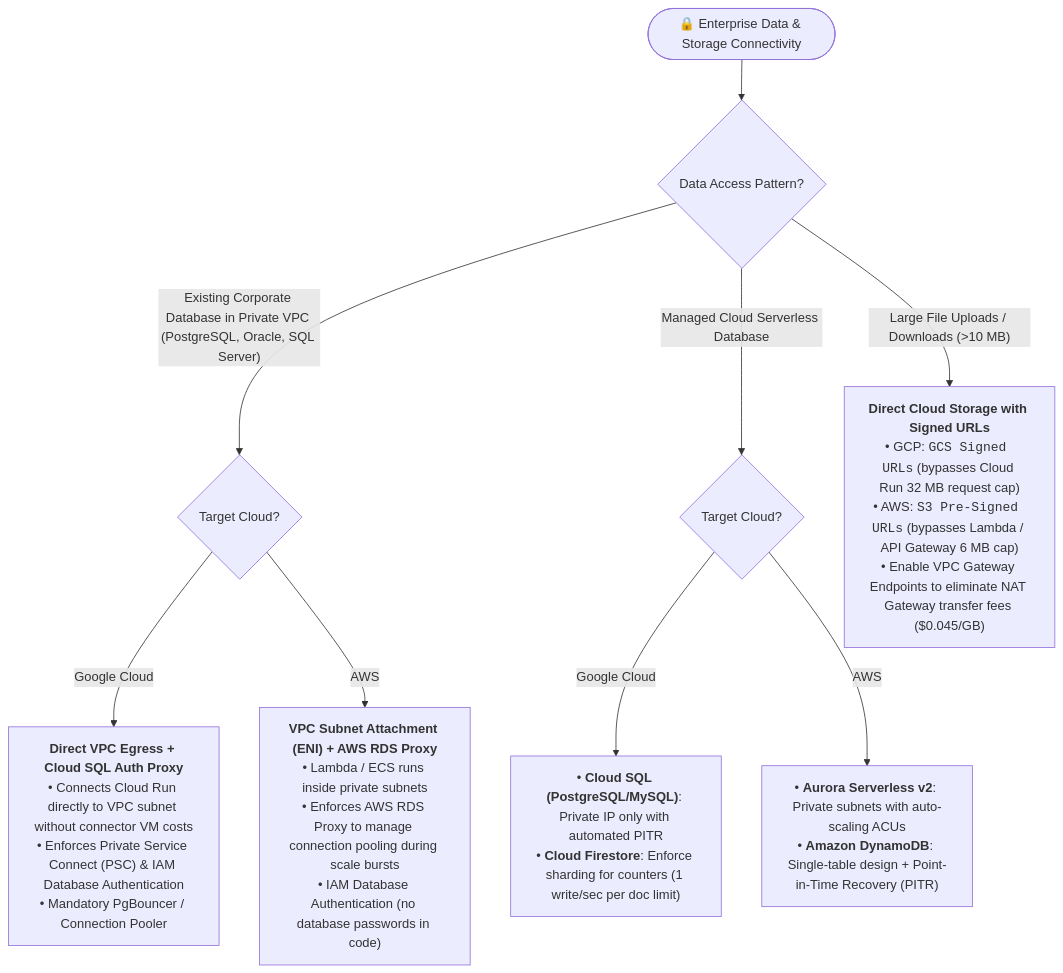
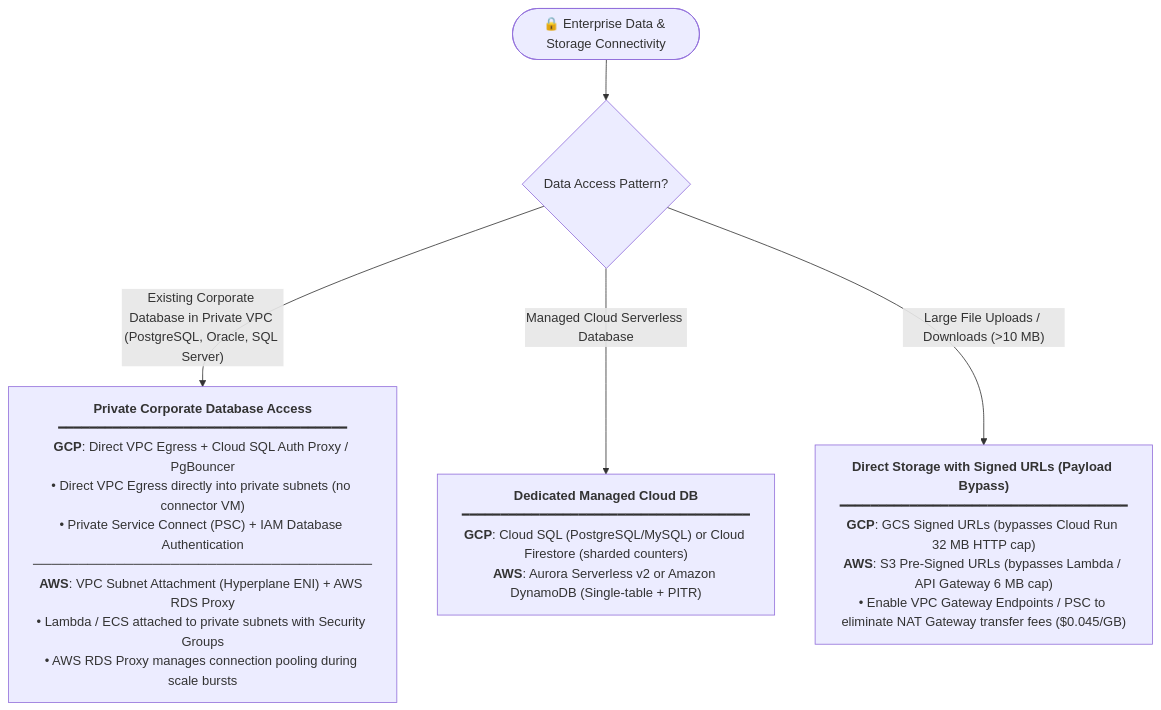
One commit to xirago/serverless-architect changed the second of 2 diagrams in resources/decision_tree.md. Above: the diagram before and after it, drawn with Mermaid. The commit also changed other lines of this file and 3 other files, not shown here.

Commit message:
feat: refine serverless-architect skill for vendor-neutral capability-based decision making

````diff
--- a/resources/decision_tree.md
+++ b/resources/decision_tree.md
@@ -36,17 +29,13 @@
 ```mermaid
 flowchart TD
     DB_Start(["🔒 Enterprise Data & Storage Connectivity"]) --> DB_Target{"Data Access Pattern?"}
 
     %% Private Internal Database
-    DB_Target -->|"Existing Corporate Database in Private VPC (PostgreSQL, Oracle, SQL Server)"| DB_VPC_Cloud{"Target Cloud?"}
-    DB_VPC_Cloud -->|"Google Cloud"| Res_GCP_VPC["<b>Direct VPC Egress + Cloud SQL Auth Proxy</b><br/>• Connects Cloud Run directly to VPC subnet without connector VM costs<br/>• Enforces Private Service Connect (PSC) & IAM Database Authentication<br/>• Mandatory PgBouncer / Connection Pooler"]
-    DB_VPC_Cloud -->|"AWS"| Res_AWS_VPC["<b>VPC Subnet Attachment (ENI) + AWS RDS Proxy</b><br/>• Lambda / ECS runs inside private subnets<br/>• Enforces AWS RDS Proxy to manage connection pooling during scale bursts<br/>• IAM Database Authentication (no database passwords in code)"]
+    DB_Target -->|"Existing Corporate Database in Private VPC (PostgreSQL, Oracle, SQL Server)"| Res_VPC["<b>Private Corporate Database Access</b><br/>━━━━━━━━━━━━━━━━━━━━━━━━━━━━━━━━━━━━━<br/><b>GCP</b>: Direct VPC Egress + Cloud SQL Auth Proxy / PgBouncer<br/>• Direct VPC Egress directly into private subnets (no connector VM)<br/>• Private Service Connect (PSC) + IAM Database Authentication<br/>─────────────────────────────────────<br/><b>AWS</b>: VPC Subnet Attachment (Hyperplane ENI) + AWS RDS Proxy<br/>• Lambda / ECS attached to private subnets with Security Groups<br/>• AWS RDS Proxy manages connection pooling during scale bursts"]
 
     %% Cloud-Native Managed Serverless DB
-    DB_Target -->|"Managed Cloud Serverless Database"| DB_Native_Cloud{"Target Cloud?"}
-    DB_Native_Cloud -->|"Google Cloud"| Res_GCP_DB["• <b>Cloud SQL (PostgreSQL/MySQL)</b>: Private IP only with automated PITR<br/>• <b>Cloud Firestore</b>: Enforce sharding for counters (1 write/sec per doc limit)"]
-    DB_Native_Cloud -->|"AWS"| Res_AWS_DB["• <b>Aurora Serverless v2</b>: Private subnets with auto-scaling ACUs<br/>• <b>Amazon DynamoDB</b>: Single-table design + Point-in-Time Recovery (PITR)"]
+    DB_Target -->|"Managed Cloud Serverless Database"| Res_Managed_DB["<b>Dedicated Managed Cloud DB</b><br/>━━━━━━━━━━━━━━━━━━━━━━━━━━━━━━━━━━━━━<br/><b>GCP</b>: Cloud SQL (PostgreSQL/MySQL) or Cloud Firestore (sharded counters)<br/><b>AWS</b>: Aurora Serverless v2 or Amazon DynamoDB (Single-table + PITR)"]
 
     %% Large Payload Direct Storage
-    DB_Target -->|"Large File Uploads / Downloads (>10 MB)"| Res_Direct_Storage["<b>Direct Cloud Storage with Signed URLs</b><br/>• GCP: <code>GCS Signed URLs</code> (bypasses Cloud Run 32 MB request cap)<br/>• AWS: <code>S3 Pre-Signed URLs</code> (bypasses Lambda / API Gateway 6 MB cap)<br/>• Enable VPC Gateway Endpoints to eliminate NAT Gateway transfer fees ($0.045/GB)"]
+    DB_Target -->|"Large File Uploads / Downloads (>10 MB)"| Res_Direct_Storage["<b>Direct Storage with Signed URLs (Payload Bypass)</b><br/>━━━━━━━━━━━━━━━━━━━━━━━━━━━━━━━━━━━━━<br/><b>GCP</b>: GCS Signed URLs (bypasses Cloud Run 32 MB HTTP cap)<br/><b>AWS</b>: S3 Pre-Signed URLs (bypasses Lambda / API Gateway 6 MB cap)<br/>• Enable VPC Gateway Endpoints / PSC to eliminate NAT Gateway transfer fees ($0.045/GB)"]
 ```
````
